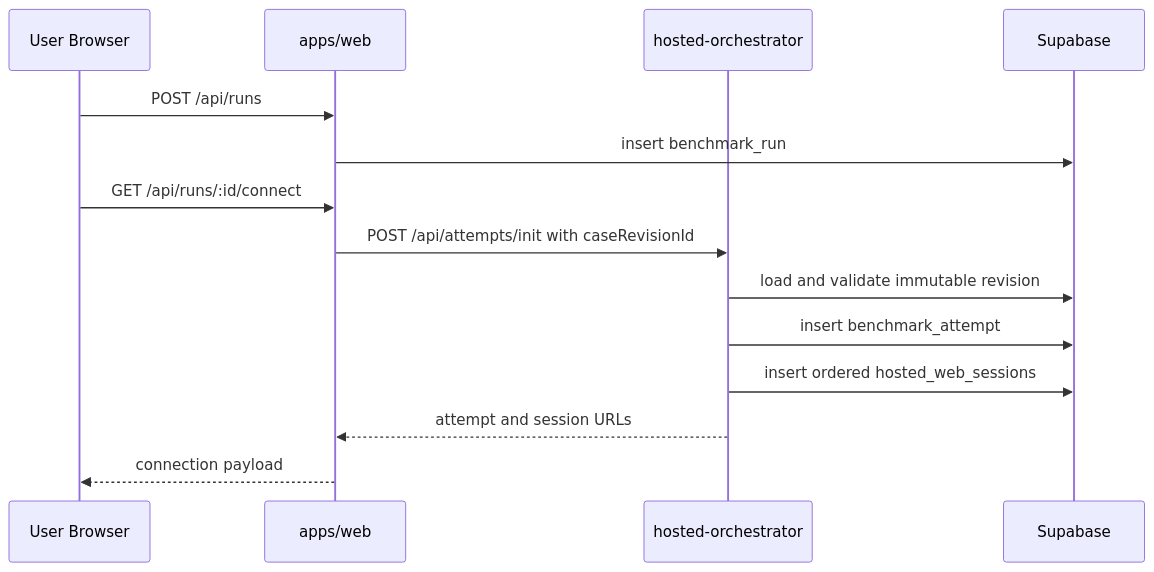
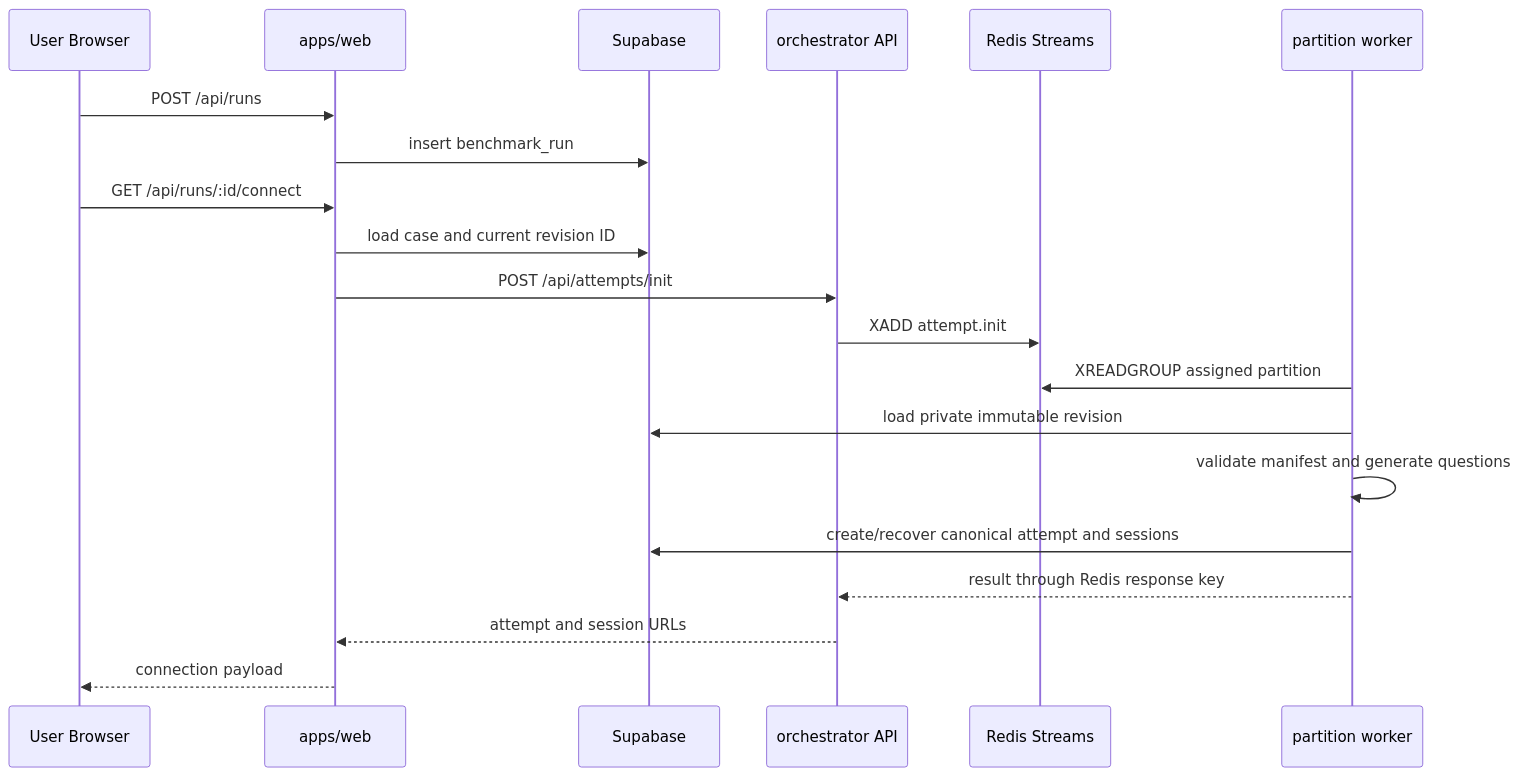
The first of 5 diagrams in docs/data-flow.md (Kaiwen0418/agent-benchmark), drawn with Mermaid before and after one commit. The commit also changed other lines of this file and 7 other files, not shown here.

Commit message:
docs: align architecture and runtime data flow (#67)

````diff
--- a/docs/data-flow.md
+++ b/docs/data-flow.md
@@ -5,17 +7,23 @@
 ```mermaid
 sequenceDiagram
   participant U as User Browser
   participant W as apps/web
-  participant O as hosted-orchestrator
   participant D as Supabase
+  participant A as orchestrator API
+  participant R as Redis Streams
+  participant K as partition worker
 
   U->>W: POST /api/runs
   W->>D: insert benchmark_run
   U->>W: GET /api/runs/:id/connect
-  W->>O: POST /api/attempts/init with caseRevisionId
-  O->>D: load and validate immutable revision
-  O->>D: insert benchmark_attempt
-  O->>D: insert ordered hosted_web_sessions
-  O-->>W: attempt and session URLs
+  W->>D: load case and current revision ID
+  W->>A: POST /api/attempts/init
+  A->>R: XADD attempt.init
+  K->>R: XREADGROUP assigned partition
+  K->>D: load private immutable revision
+  K->>K: validate manifest and generate questions
+  K->>D: create/recover canonical attempt and sessions
+  K-->>A: result through Redis response key
+  A-->>W: attempt and session URLs
   W-->>U: connection payload
 ```
````
